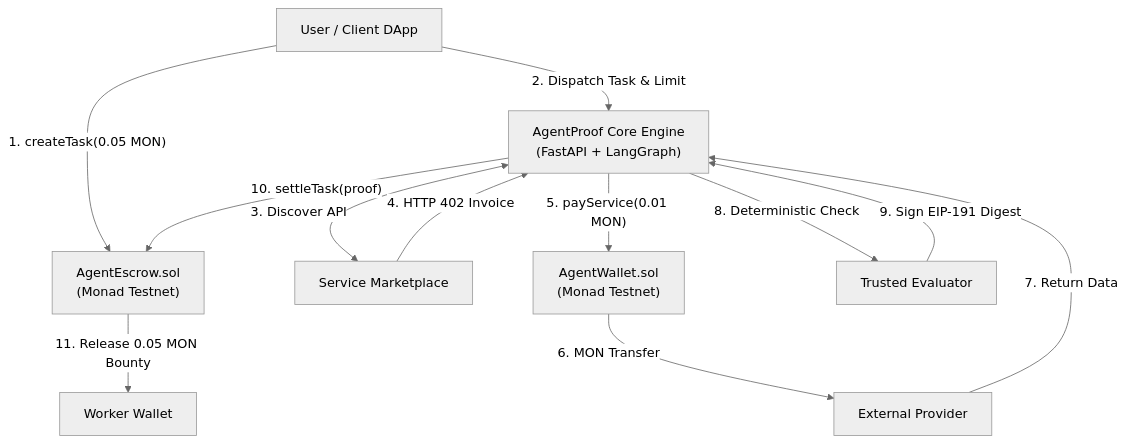
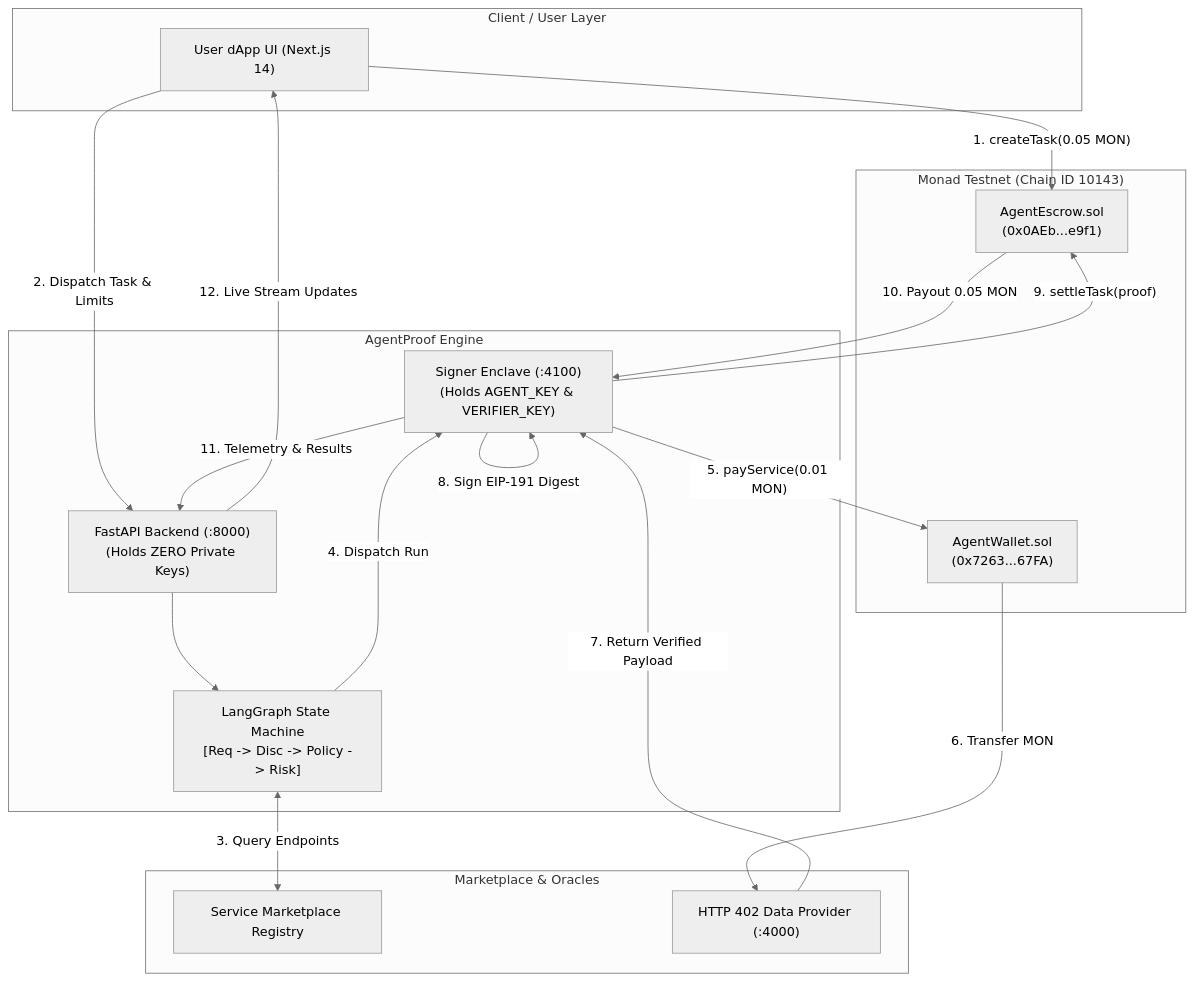
The first of 2 diagrams in README.md (Aaryan-Sharma-5/AgentProof), drawn with Mermaid (neutral theme) before and after one commit. The commit also changed other lines of this file and 21 other files, not shown here.

````diff
--- a/README.md
+++ b/README.md
@@ -240,14 +466,36 @@
 ```mermaid
 flowchart TD
-    U["User / Client DApp"] -->|"1. createTask(0.05 MON)"| Escrow["AgentEscrow.sol<br/>(Monad Testnet)"]
-    U -->|"2. Dispatch Task & Limit"| AI["AgentProof Core Engine<br/>(FastAPI + LangGraph)"]
-    AI <-->|"3. Discover API"| Mkt["Service Marketplace"]
-    Mkt -->|"4. HTTP 402 Invoice"| AI
-    AI -->|"5. payService(0.01 MON)"| Wallet["AgentWallet.sol<br/>(Monad Testnet)"]
-    Wallet -->|"6. MON Transfer"| Provider["External Provider"]
-    Provider -->|"7. Return Data"| AI
-    AI -->|"8. Deterministic Check"| Eval["Trusted Evaluator"]
-    Eval -->|"9. Sign EIP-191 Digest"| AI
-    AI -->|"10. settleTask(proof)"| Escrow
-    Escrow -->|"11. Release 0.05 MON Bounty"| Worker["Worker Wallet"]
+    subgraph Client ["Client / User Layer"]
+        U["User dApp UI (Next.js 14)"]
+    end
+
+    subgraph Blockchain ["Monad Testnet (Chain ID 10143)"]
+        Escrow["AgentEscrow.sol<br/>(0x0AEb...e9f1)"]
+        Wallet["AgentWallet.sol<br/>(0x7263...67FA)"]
+    end
+
+    subgraph Core ["AgentProof Engine"]
+        FastAPI["FastAPI Backend (:8000)<br/>(Holds ZERO Private Keys)"]
+        LangGraph["LangGraph State Machine<br/>[Req -> Disc -> Policy -> Risk]"]
+        Service["Signer Enclave (:4100)<br/>(Holds AGENT_KEY & VERIFIER_KEY)"]
+    end
+
+    subgraph External ["Marketplace & Oracles"]
+        Mkt["Service Marketplace Registry"]
+        Provider["HTTP 402 Data Provider (:4000)"]
+    end
+
+    U -->|"1. createTask(0.05 MON)"| Escrow
+    U -->|"2. Dispatch Task & Limits"| FastAPI
+    FastAPI --> LangGraph
+    LangGraph <-->|"3. Query Endpoints"| Mkt
+    LangGraph -->|"4. Dispatch Run"| Service
+    Service -->|"5. payService(0.01 MON)"| Wallet
+    Wallet -->|"6. Transfer MON"| Provider
+    Provider -->|"7. Return Verified Payload"| Service
+    Service -->|"8. Sign EIP-191 Digest"| Service
+    Service -->|"9. settleTask(proof)"| Escrow
+    Escrow -->|"10. Payout 0.05 MON"| Service
+    Service -->|"11. Telemetry & Results"| FastAPI
+    FastAPI -->|"12. Live Stream Updates"| U
 ```
````
